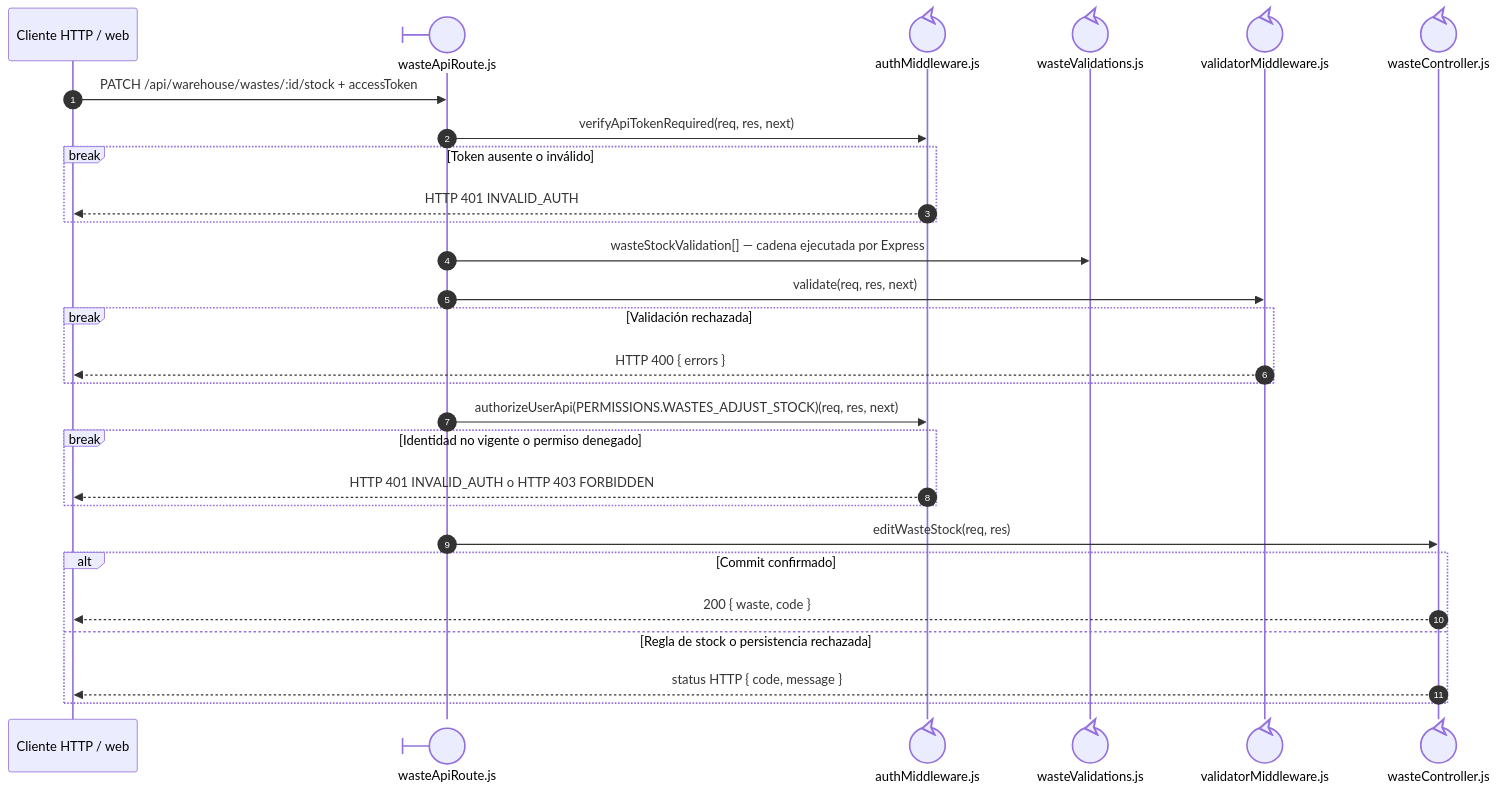
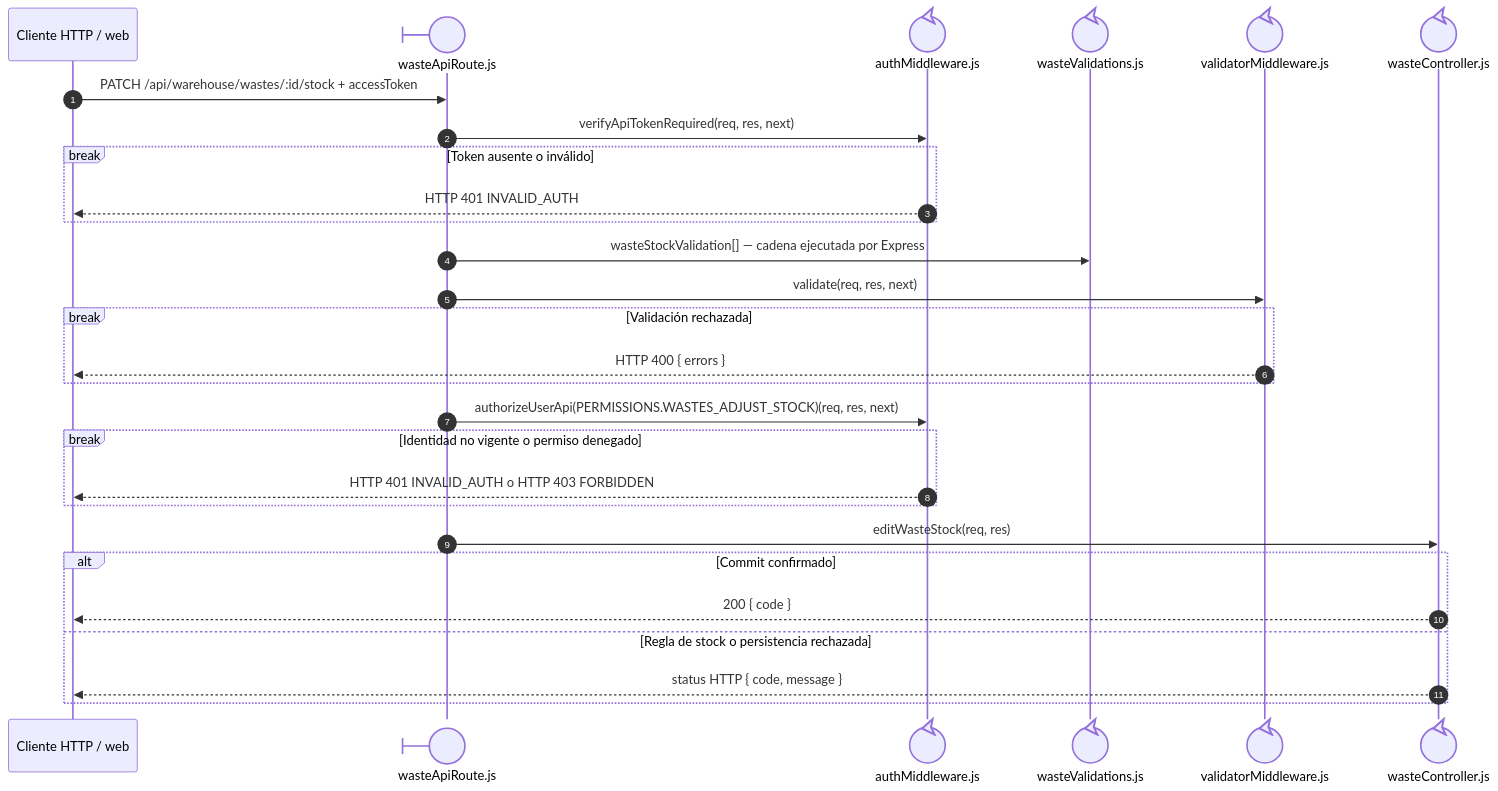
The second of 3 diagrams in docs/architecture/views/processes/backend-code-sequences/catalogs/cu-alm-12.md (gpgsistemas01/nexus), drawn with Mermaid before and after one commit. The commit also changed other lines of this file and 142 other files, not shown here.

````diff
--- a/docs/architecture/views/processes/backend-code-sequences/catalogs/cu-alm-12.md
+++ b/docs/architecture/views/processes/backend-code-sequences/catalogs/cu-alm-12.md
@@ -53,31 +53,31 @@
 ```mermaid
 sequenceDiagram
     autonumber
     participant Client as Cliente HTTP / web
     participant Router@{ "type": "boundary" } as wasteApiRoute.js
     participant Auth@{ "type": "control" } as authMiddleware.js
     participant ValidationRules@{ "type": "control" } as wasteValidations.js
     participant Validator@{ "type": "control" } as validatorMiddleware.js
     participant Controller@{ "type": "control" } as wasteController.js
 
     Client->>Router: PATCH /api/warehouse/wastes/:id/stock + accessToken
     Router->>Auth: verifyApiTokenRequired(req, res, next)
     break Token ausente o inválido
         Auth-->>Client: HTTP 401 INVALID_AUTH
     end
     Router->>ValidationRules: wasteStockValidation[] — cadena ejecutada por Express
     Router->>Validator: validate(req, res, next)
     break Validación rechazada
         Validator-->>Client: HTTP 400 { errors }
     end
     Router->>Auth: authorizeUserApi(PERMISSIONS.WASTES_ADJUST_STOCK)(req, res, next)
     break Identidad no vigente o permiso denegado
         Auth-->>Client: HTTP 401 INVALID_AUTH o HTTP 403 FORBIDDEN
     end
     Router->>Controller: editWasteStock(req, res)
     alt Commit confirmado
-        Controller-->>Client: 200 { waste, code }
+        Controller-->>Client: 200 { code }
     else Regla de stock o persistencia rechazada
         Controller-->>Client: status HTTP { code, message }
     end
 ```
````
